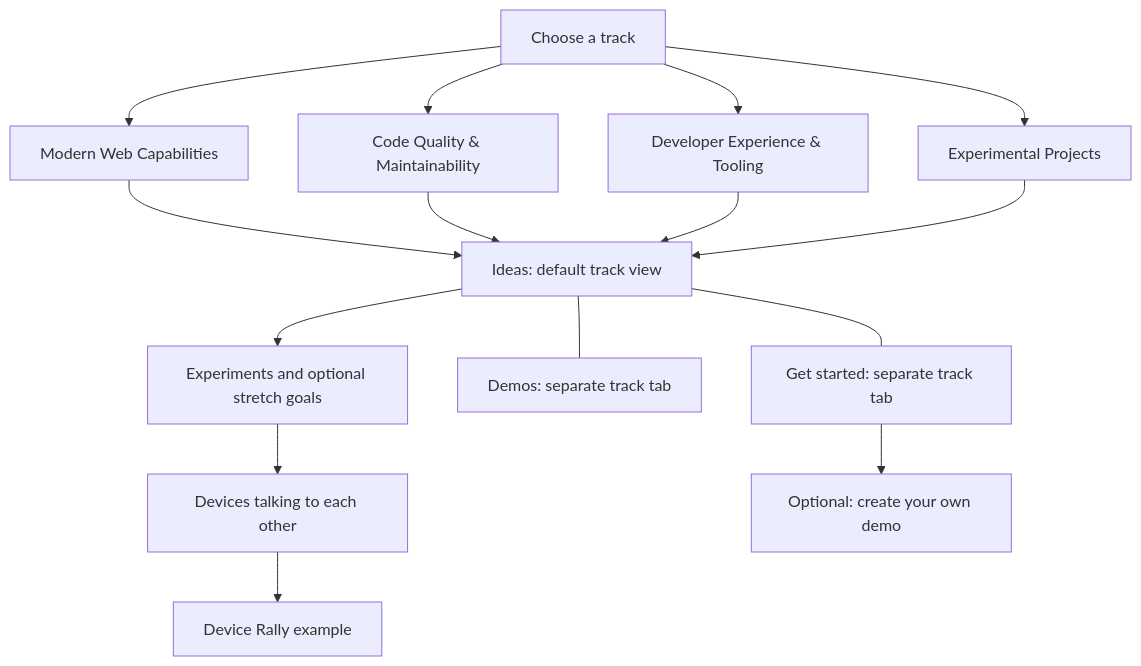
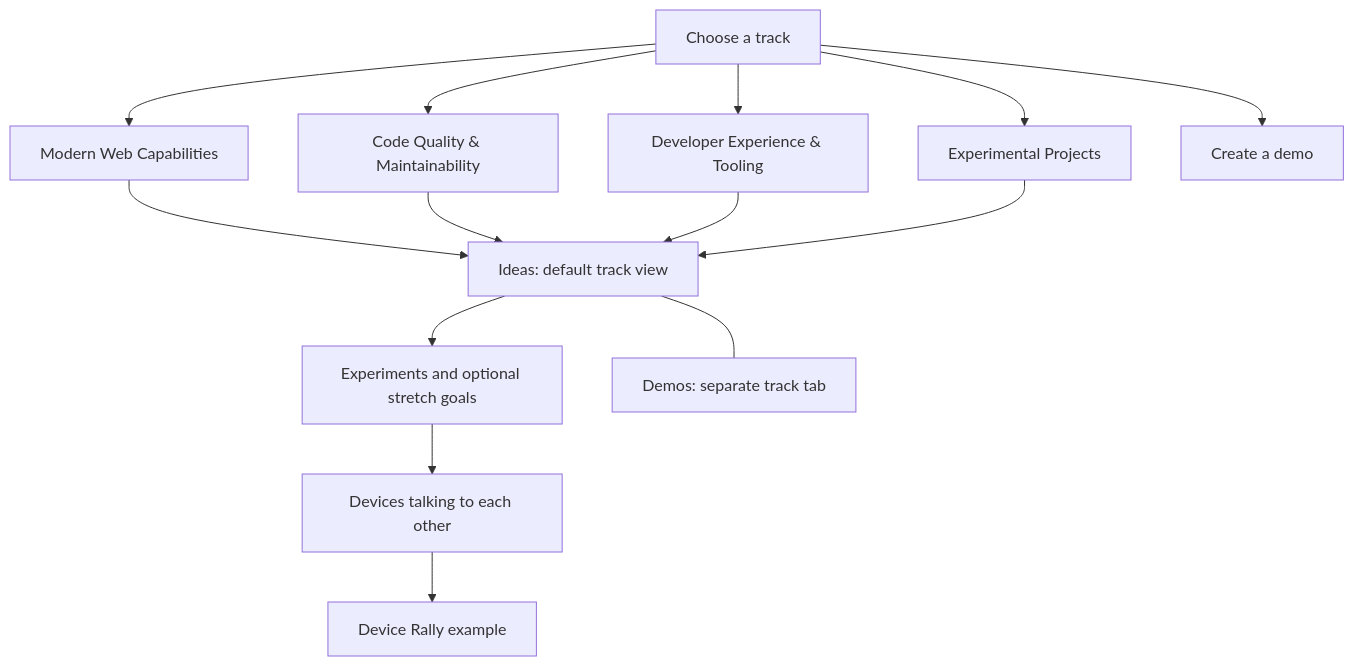
One commit to mortenbroesby/frontend-lab changed the diagram in gallery/docs/navigation.mmd. Above: the diagram before and after it, drawn with Mermaid. The commit also changed 17 other files, not shown here.

Commit message:
Remove track getting-started pages

```diff
--- a/gallery/docs/navigation.mmd
+++ b/gallery/docs/navigation.mmd
@@ -1,12 +1,11 @@
 flowchart TD
   Home[Choose a track] --> Modern[Modern Web Capabilities]
   Home --> Quality[Code Quality & Maintainability]
   Home --> Tooling[Developer Experience & Tooling]
   Home --> Projects[Experimental Projects]
   Modern & Quality & Tooling & Projects --> Ideas[Ideas: default track view]
   Ideas --> Details[Experiments and optional stretch goals]
   Ideas --- Demos[Demos: separate track tab]
-  Ideas --- Start[Get started: separate track tab]
   Details --> Devices[Devices talking to each other]
   Devices --> Rally[Device Rally example]
-  Start --> Create[Optional: create your own demo]
+  Home --> Create[Create a demo]
```
